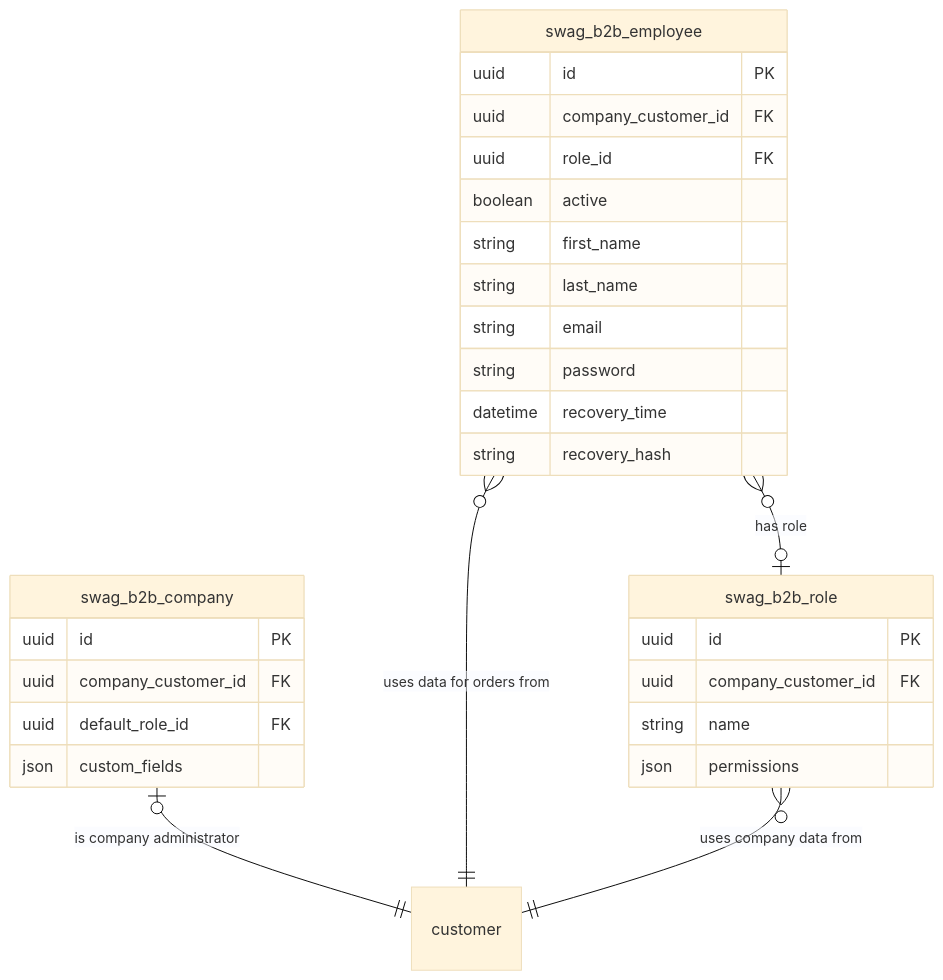
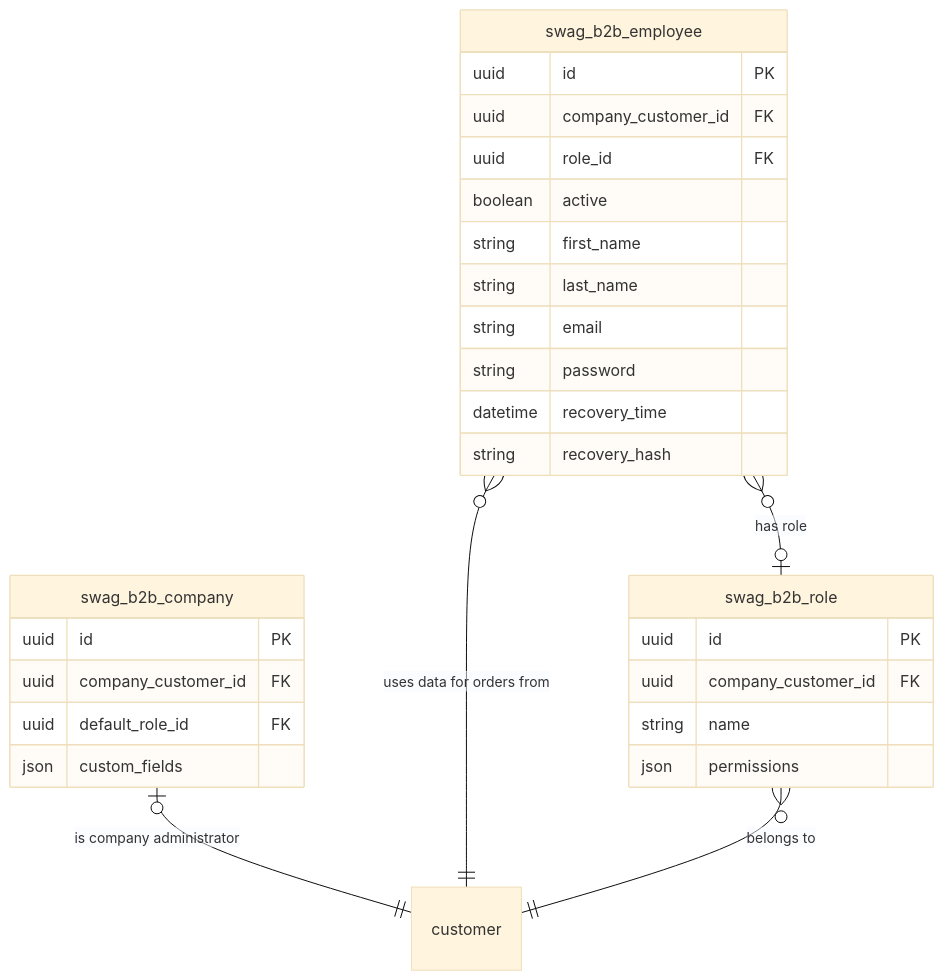
One commit to shopware/docs changed the diagram in products/extensions/b2b-components/employee-management/concept/entities-and-schema.md. Above: the diagram before and after it, drawn with Mermaid (base theme). The commit also changed other lines of this file and 3 other files, not shown here.

````diff
--- a/products/extensions/b2b-components/employee-management/concept/entities-and-schema.md
+++ b/products/extensions/b2b-components/employee-management/concept/entities-and-schema.md
@@ -17,31 +19,31 @@
 ```mermaid
 erDiagram
     swag_b2b_company {
         uuid id PK
         uuid company_customer_id FK
         uuid default_role_id FK
         json custom_fields
     }
     swag_b2b_employee {
         uuid id PK
         uuid company_customer_id FK
         uuid role_id FK
         boolean active
         string first_name
         string last_name
         string email
         string password
         datetime recovery_time
         string recovery_hash
     }
     swag_b2b_role {
         uuid id PK
         uuid company_customer_id FK
         string name
         json permissions
     }
     swag_b2b_company |o--|| customer : "is company administrator"
     swag_b2b_employee }o--|| customer : "uses data for orders from"
     swag_b2b_employee }o--o| swag_b2b_role : "has role"
-    swag_b2b_role }o--|| customer : "uses company data from"
+    swag_b2b_role }o--|| customer : "belongs to"
 ```
````
